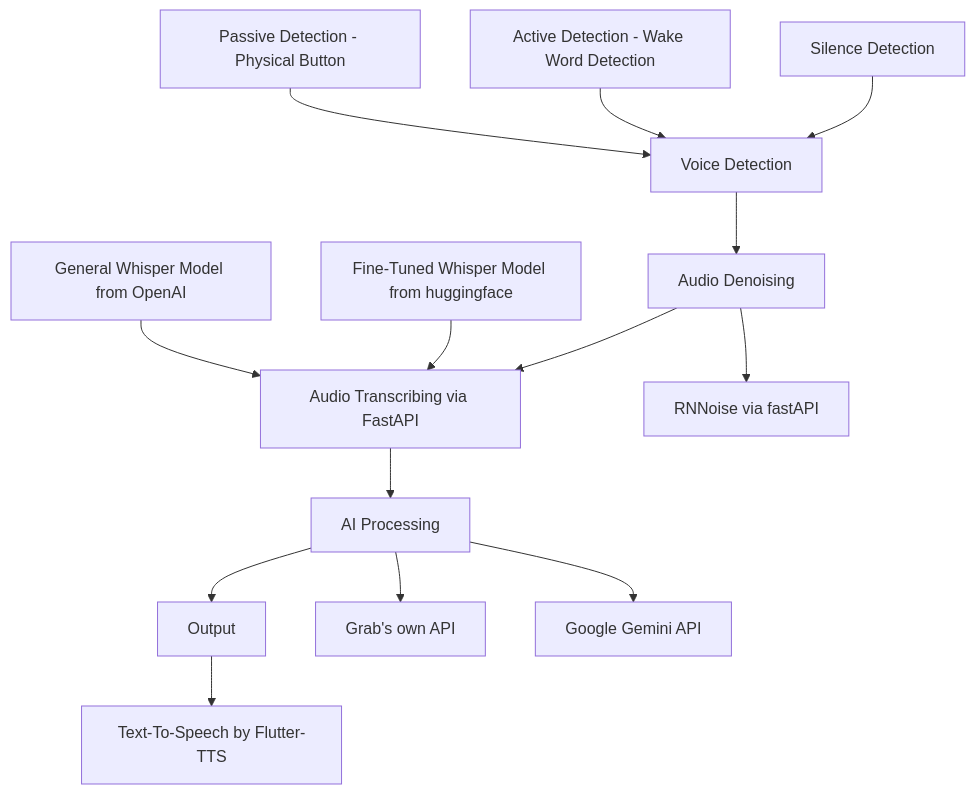
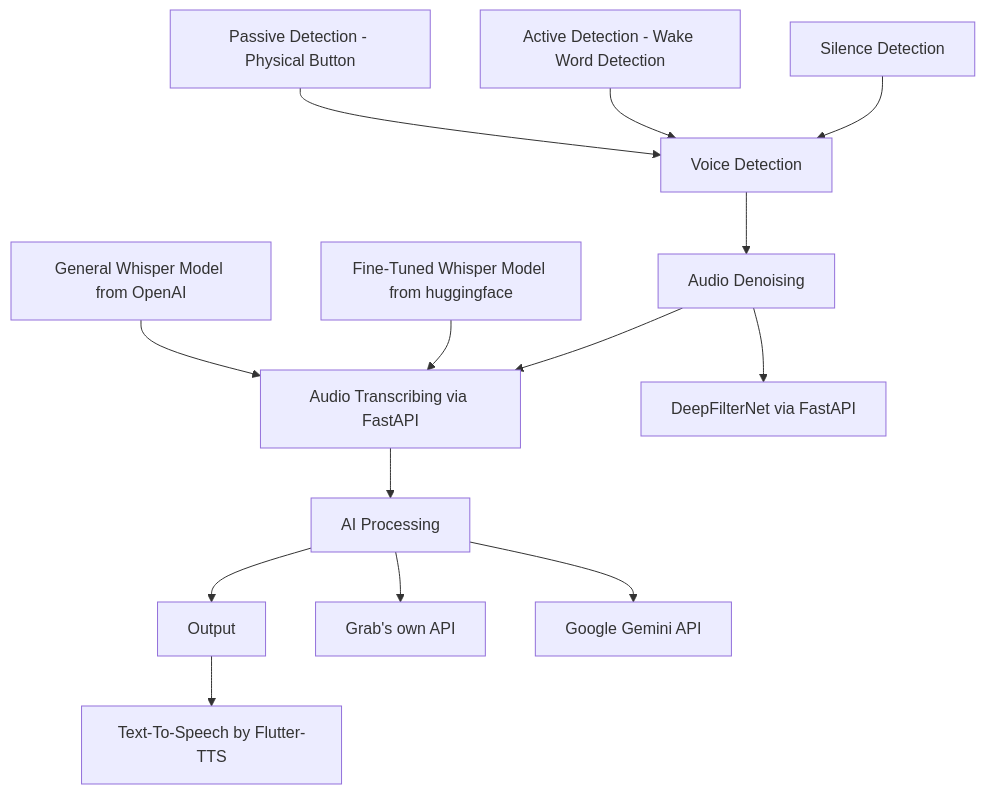
One commit to MarcusMQF/Talk-to-Task changed the diagram in README.md. Above: the diagram before and after it, drawn with Mermaid. The commit also changed other lines of this file, not shown here.

````diff
--- a/README.md
+++ b/README.md
@@ -60,19 +61,19 @@
 ```mermaid
 graph TD
     A[Voice Detection] --> B[Audio Denoising]
     B --> C[Audio Transcribing via FastAPI]
-    B --> D[RNNoise via fastAPI]
+    B --> D[DeepFilterNet via FastAPI]
     C --> E[AI Processing]
     E --> F[Output]
     E --> G[Grab's own API]
     E --> H[Google Gemini API]
     
     I[Silence Detection] --> A
     J[Active Detection - Wake Word Detection] --> A
     K[Passive Detection - Physical Button] --> A
     
     L[Fine-Tuned Whisper Model from huggingface] --> C
     M[General Whisper Model from OpenAI] --> C
     
     F --> N[Text-To-Speech by Flutter-TTS]
 ```
````
